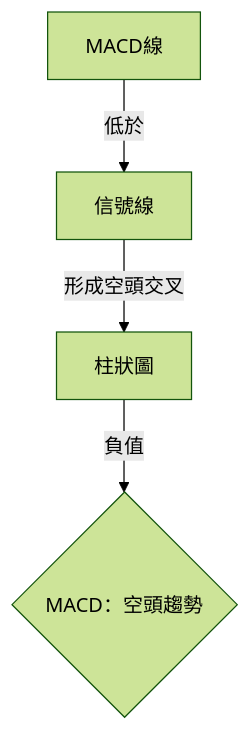
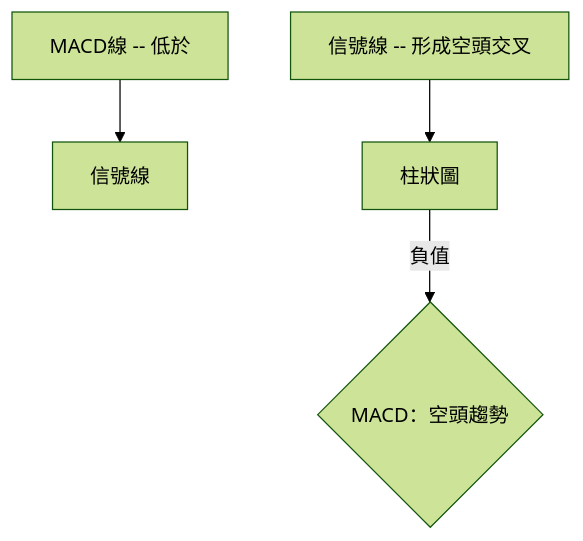
One commit to yennanliu/finance_data changed the seventh of 10 diagrams in ai_gen_report/stock/pltr/technical_analysis_2026-04-06_openai.md. Above: the diagram before and after it, drawn with Mermaid (forest theme). The commit also changed other lines of this file and 2258 other files, not shown here.

First line of the commit message:
chore: backfill Mermaid syntax repair across existing reports

````diff
--- a/ai_gen_report/stock/pltr/technical_analysis_2026-04-06_openai.md
+++ b/ai_gen_report/stock/pltr/technical_analysis_2026-04-06_openai.md
@@ -257,6 +257,6 @@
 ```mermaid
 graph TD
-    MACD線 -- 低於 --> 信號線
-    信號線 -- 形成空頭交叉 --> 柱狀圖
+    nb1["MACD線 -- 低於"] --> 信號線
+    nb2["信號線 -- 形成空頭交叉"] --> 柱狀圖
     柱狀圖 -- 負值 --> 總結{"MACD：空頭趨勢"}
 ```
````
